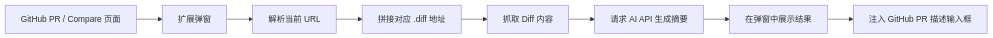
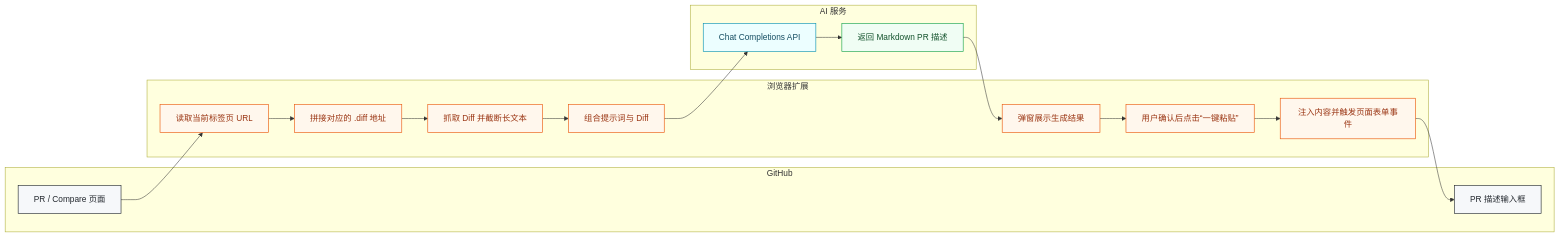
One commit to JackCC703/github-ai-helper changed the diagram in README.md. Above: the diagram before and after it, drawn with Mermaid.

Commit message:
docs: update project information in README.md

````diff
--- a/README.md
+++ b/README.md
@@ -55,10 +55,34 @@
 ```mermaid
 flowchart LR
-  A["GitHub PR / Compare 页面"] --> B["扩展弹窗"]
-  B --> C["解析当前 URL"]
-  C --> D["拼接对应 .diff 地址"]
-  D --> E["抓取 Diff 内容"]
-  E --> F["请求 AI API 生成摘要"]
-  F --> G["在弹窗中展示结果"]
-  G --> H["注入 GitHub PR 描述输入框"]
+  classDef github fill:#f6f8fa,stroke:#24292f,stroke-width:1.2px,color:#24292f;
+  classDef ext fill:#fff7ed,stroke:#ea580c,stroke-width:1.2px,color:#9a3412;
+  classDef ai fill:#ecfeff,stroke:#0891b2,stroke-width:1.2px,color:#164e63;
+  classDef result fill:#f0fdf4,stroke:#16a34a,stroke-width:1.2px,color:#14532d;
+
+  subgraph GH["GitHub"]
+    A["PR / Compare 页面"]
+    H["PR 描述输入框"]
+  end
+
+  subgraph EXT["浏览器扩展"]
+    B["读取当前标签页 URL"]
+    C["拼接对应的 .diff 地址"]
+    D["抓取 Diff 并截断长文本"]
+    E["组合提示词与 Diff"]
+    F["弹窗展示生成结果"]
+    G["用户确认后点击“一键粘贴”"]
+    I["注入内容并触发页面表单事件"]
+  end
+
+  subgraph API["AI 服务"]
+    J["Chat Completions API"]
+    K["返回 Markdown PR 描述"]
+  end
+
+  A --> B --> C --> D --> E --> J --> K --> F --> G --> I --> H
+
+  class A,H github;
+  class B,C,D,E,F,G,I ext;
+  class J ai;
+  class K result;
 ```
````
